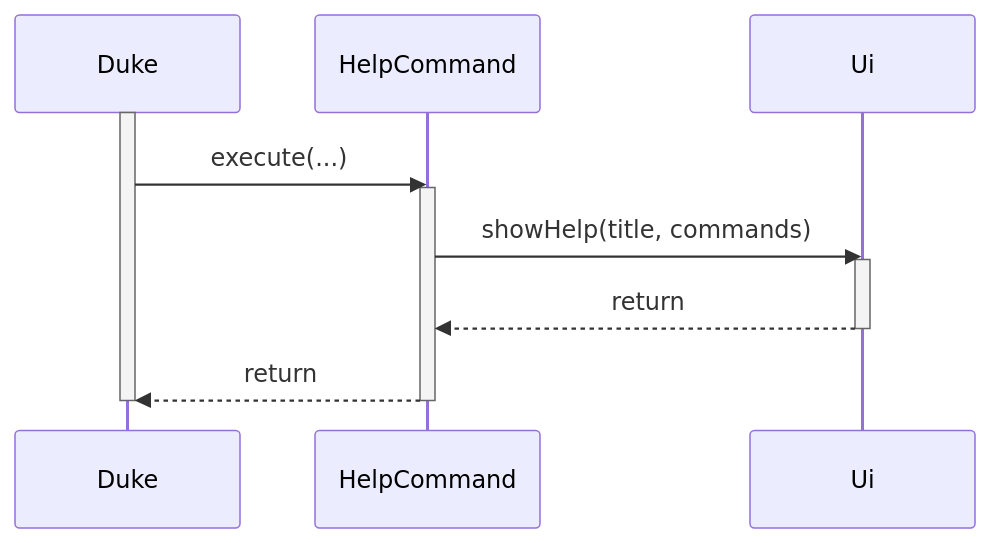
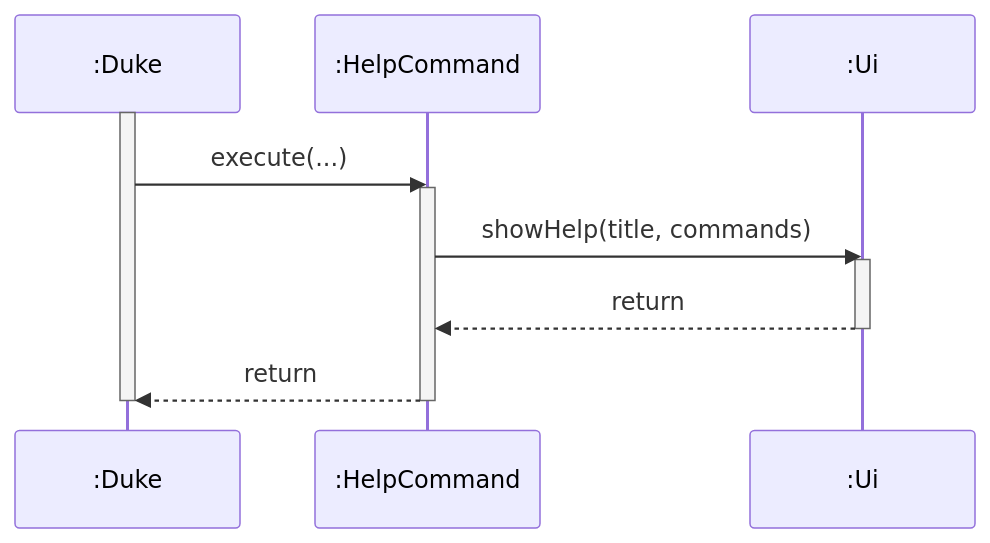
Before and after one commit to AY2627S1-CS2113-T11-1/tp: the diagram in docs/diagrams/command-help.mmd, drawn with Mermaid. The commit also changed 10 other files, not shown here.

Commit message:
Align target-user documentation and UML diagrams

```diff
--- a/docs/diagrams/command-help.mmd
+++ b/docs/diagrams/command-help.mmd
@@ -1,15 +1,15 @@
 sequenceDiagram
     %% Main successful flow; validation and alternatives are described in the guide.
-    participant P0 as Duke
-    participant P1 as HelpCommand
-    participant P2 as Ui
+    participant P0 as :Duke
+    participant P1 as :HelpCommand
+    participant P2 as :Ui
     activate P0
     P0->>P1: execute(...)
     activate P1
     P1->>P2: showHelp(title, commands)
     activate P2
     P2-->>P1: return
     deactivate P2
     P1-->>P0: return
     deactivate P1
     deactivate P0
```
